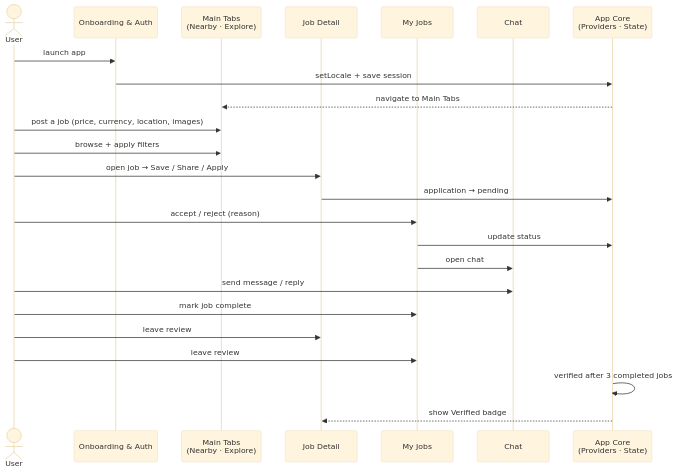
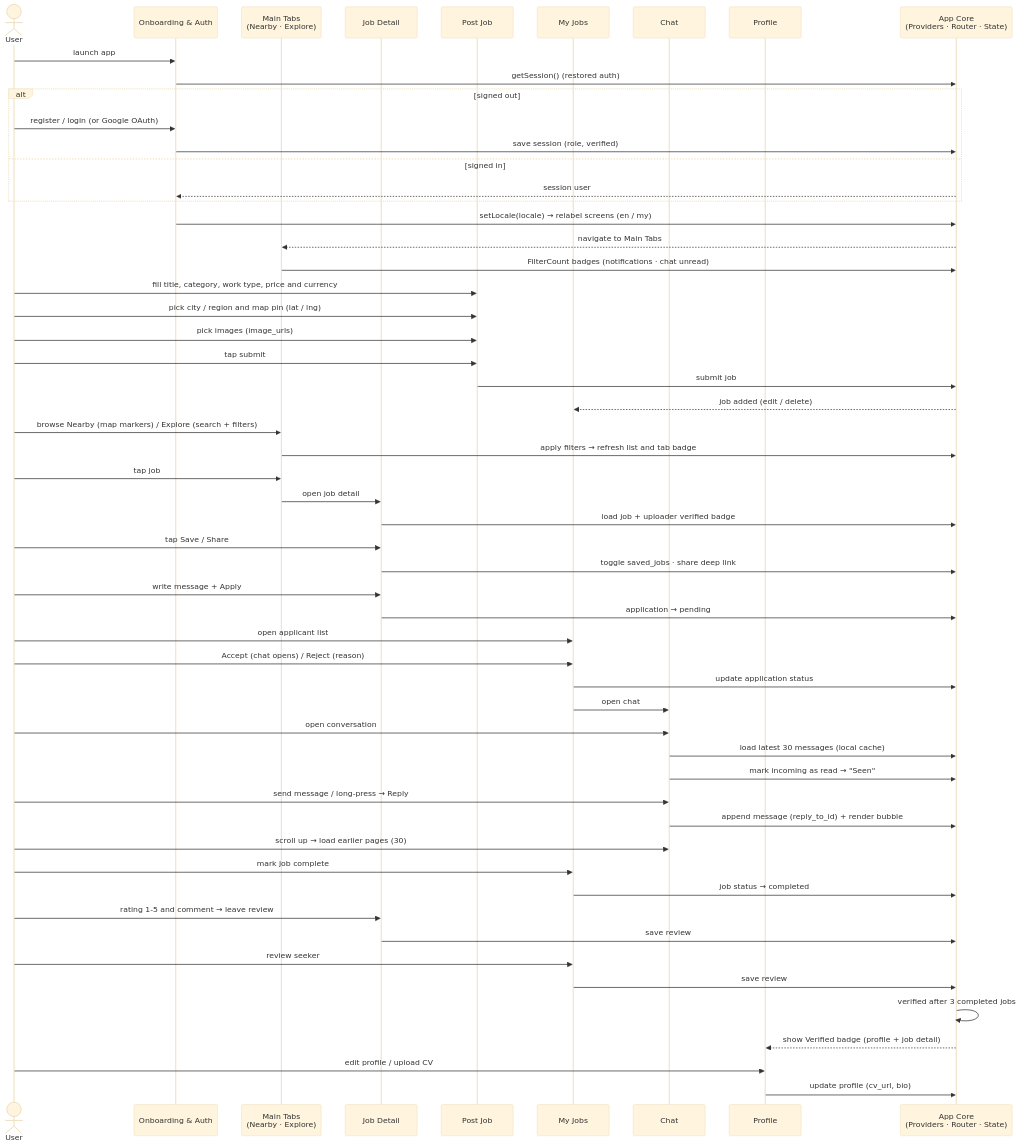
Before and after one commit to phyothant-dev/loc-jobs: the fourth of 5 diagrams in DIAGRAMS.md, drawn with Mermaid (base theme). The commit also changed other lines of this file and 1 other file, not shown here.

Commit message:
docs: add more detail to frontend sequence diagram

````diff
--- a/DIAGRAMS.md
+++ b/DIAGRAMS.md
@@ -332,30 +332,64 @@
 ```mermaid
 sequenceDiagram
     actor User
     participant OB as Onboarding & Auth
     participant TB as Main Tabs<br/>(Nearby · Explore)
     participant JD as Job Detail
+    participant PJ as Post Job
     participant MJ as My Jobs
     participant CH as Chat
-    participant CO as App Core<br/>(Providers · State)
+    participant PF as Profile
+    participant CO as App Core<br/>(Providers · Router · State)
 
     User->>OB: launch app
-    OB->>CO: setLocale + save session
+    OB->>CO: getSession() (restored auth)
+    alt signed out
+        User->>OB: register / login (or Google OAuth)
+        OB->>CO: save session (role, verified)
+    else signed in
+        CO-->>OB: session user
+    end
+    OB->>CO: setLocale(locale) → relabel screens (en / my)
     CO-->>TB: navigate to Main Tabs
+    TB->>CO: FilterCount badges (notifications · chat unread)
 
-    User->>TB: post a job (price, currency, location, images)
-    User->>TB: browse + apply filters
-    User->>JD: open job → Save / Share / Apply
+    User->>PJ: fill title, category, work type, price and currency
+    User->>PJ: pick city / region and map pin (lat / lng)
+    User->>PJ: pick images (image_urls)
+    User->>PJ: tap submit
+    PJ->>CO: submit job
+    CO-->>MJ: job added (edit / delete)
+
+    User->>TB: browse Nearby (map markers) / Explore (search + filters)
+    TB->>CO: apply filters → refresh list and tab badge
+    User->>TB: tap job
+    TB->>JD: open job detail
+    JD->>CO: load job + uploader verified badge
+    User->>JD: tap Save / Share
+    JD->>CO: toggle saved_jobs · share deep link
+    User->>JD: write message + Apply
     JD->>CO: application → pending
 
-    User->>MJ: accept / reject (reason)
-    MJ->>CO: update status
+    User->>MJ: open applicant list
+    User->>MJ: Accept (chat opens) / Reject (reason)
+    MJ->>CO: update application status
     MJ->>CH: open chat
-    User->>CH: send message / reply
+
+    User->>CH: open conversation
+    CH->>CO: load latest 30 messages (local cache)
+    CH->>CO: mark incoming as read → "Seen"
+    User->>CH: send message / long-press → Reply
+    CH->>CO: append message (reply_to_id) + render bubble
+    User->>CH: scroll up → load earlier pages (30)
 
     User->>MJ: mark job complete
-    User->>JD: leave review
-    User->>MJ: leave review
+    MJ->>CO: job status → completed
+    User->>JD: rating 1-5 and comment → leave review
+    JD->>CO: save review
+    User->>MJ: review seeker
+    MJ->>CO: save review
     CO->>CO: verified after 3 completed jobs
-    CO-->>JD: show Verified badge
+    CO-->>PF: show Verified badge (profile + job detail)
+    User->>PF: edit profile / upload CV
+    PF->>CO: update profile (cv_url, bio)
 ```
````
